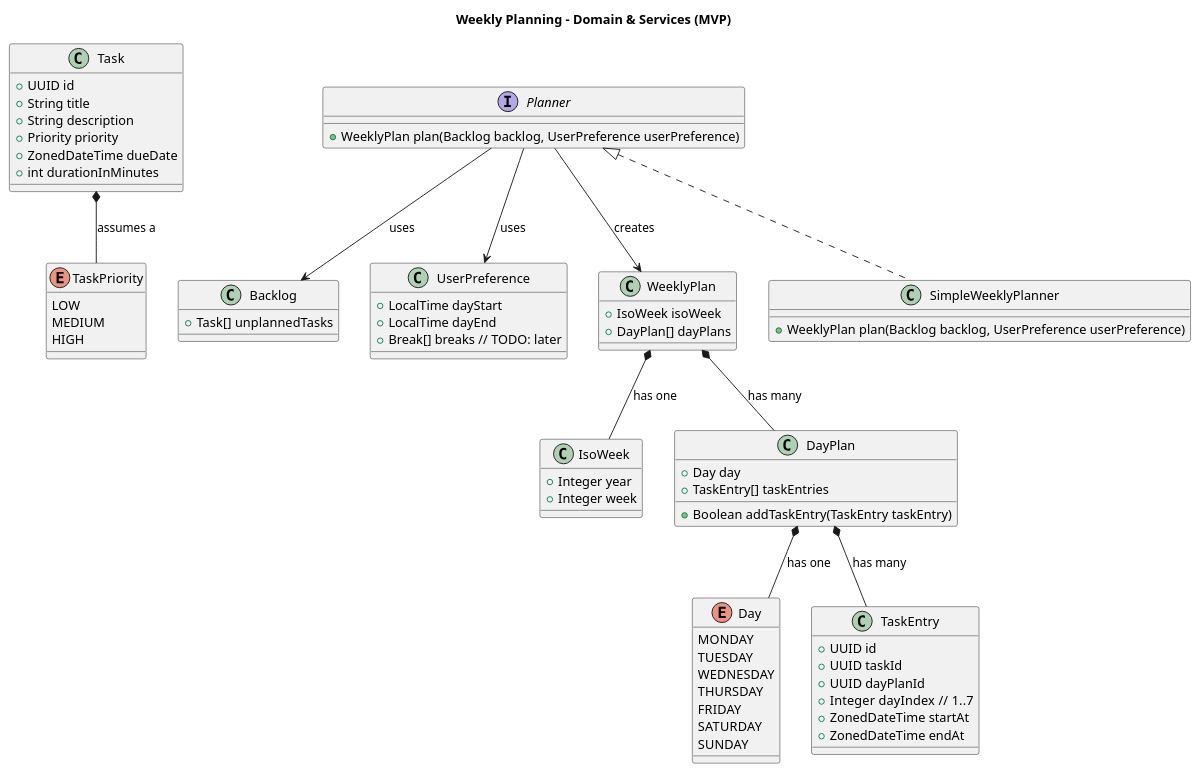
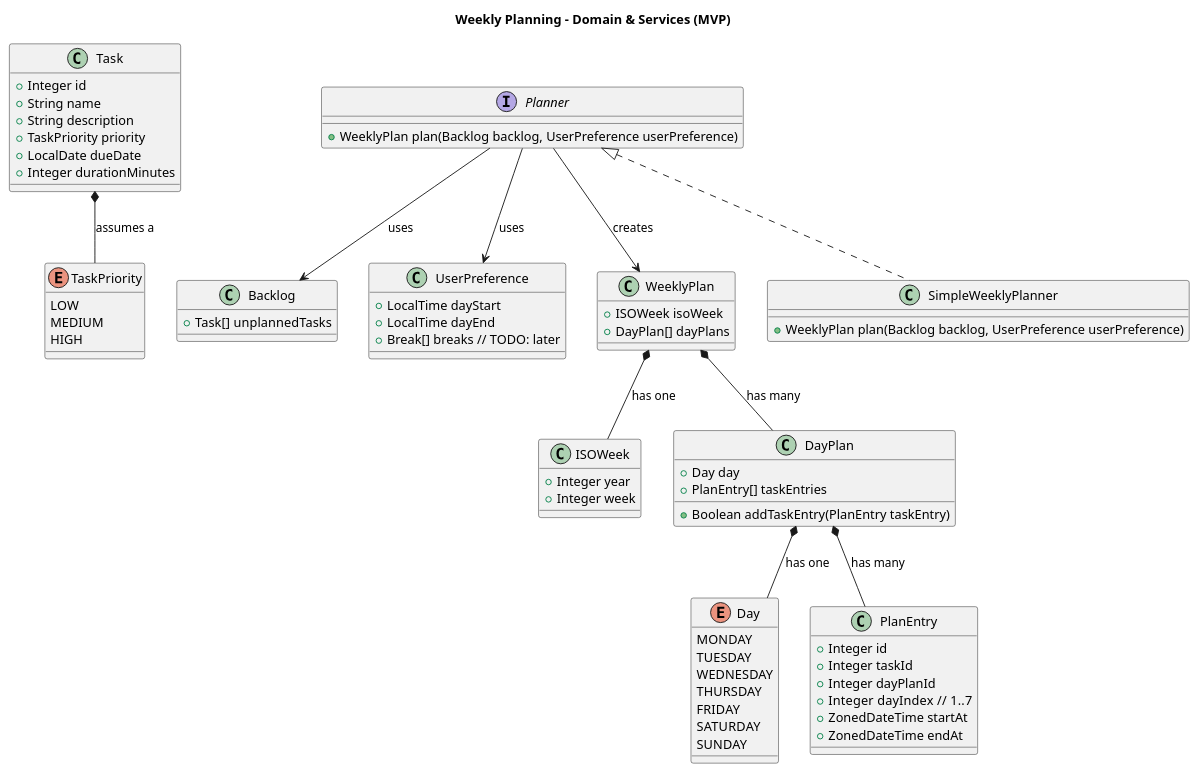
The diagram in domain-layer.puml (giabaobui-nedy/WeeklyPlanner), drawn with PlantUML before and after one commit. The commit also changed 5 other files, not shown here.

```diff
--- a/domain-layer.puml
+++ b/domain-layer.puml
@@ -1,85 +1,85 @@
 @startuml
 title Weekly Planning – Domain & Services (MVP)
 
 /' ======= Domain Core ======= '/
 class Task {
-    +UUID id
-    +String title
+    +Integer id
+    +String name
     +String description
-    +Priority priority
-    +ZonedDateTime dueDate
-    +int durationInMinutes
+    +TaskPriority priority
+    +LocalDate dueDate
+    +Integer durationMinutes
 }
 
 class Backlog {
     + Task[] unplannedTasks
 }
 
 enum TaskPriority {
     LOW
     MEDIUM
     HIGH
 }
 
 
 class UserPreference {
     +LocalTime dayStart
     +LocalTime dayEnd
     +Break[] breaks // TODO: later
 }
 
-class IsoWeek {
+class ISOWeek {
     +Integer year
     +Integer week
 }
 
 class WeeklyPlan {
-    +IsoWeek isoWeek
+    +ISOWeek isoWeek
     +DayPlan[] dayPlans
 }
 
 class DayPlan {
     +Day day
-    +TaskEntry[] taskEntries
-    +Boolean addTaskEntry(TaskEntry taskEntry)
+    +PlanEntry[] taskEntries
+    +Boolean addTaskEntry(PlanEntry taskEntry)
 }
 
 
 enum Day {
     MONDAY
     TUESDAY
     WEDNESDAY
     THURSDAY
     FRIDAY
     SATURDAY
     SUNDAY
 }
 
-class TaskEntry {
-    +UUID id
-    +UUID taskId
-    +UUID dayPlanId
+class PlanEntry {
+    +Integer id
+    +Integer taskId
+    +Integer dayPlanId
     +Integer dayIndex  // 1..7
     +ZonedDateTime startAt
     +ZonedDateTime endAt
 }
 
 class SimpleWeeklyPlanner implements Planner {
     +WeeklyPlan plan(Backlog backlog, UserPreference userPreference)
 }
 
 
 interface Planner {
     +WeeklyPlan plan(Backlog backlog, UserPreference userPreference)
 }
 
 '/ ======= Relationships in the domain layer ======= '/
 Task *-- TaskPriority: assumes a
 Planner --> Backlog: uses
 Planner --> UserPreference: uses
 Planner --> WeeklyPlan: creates
 WeeklyPlan *-- DayPlan: has many
-WeeklyPlan *-- IsoWeek: has one
-DayPlan *-- TaskEntry: has many
+WeeklyPlan *-- ISOWeek: has one
+DayPlan *-- PlanEntry: has many
 DayPlan *-- Day: has one
 @enduml
```
